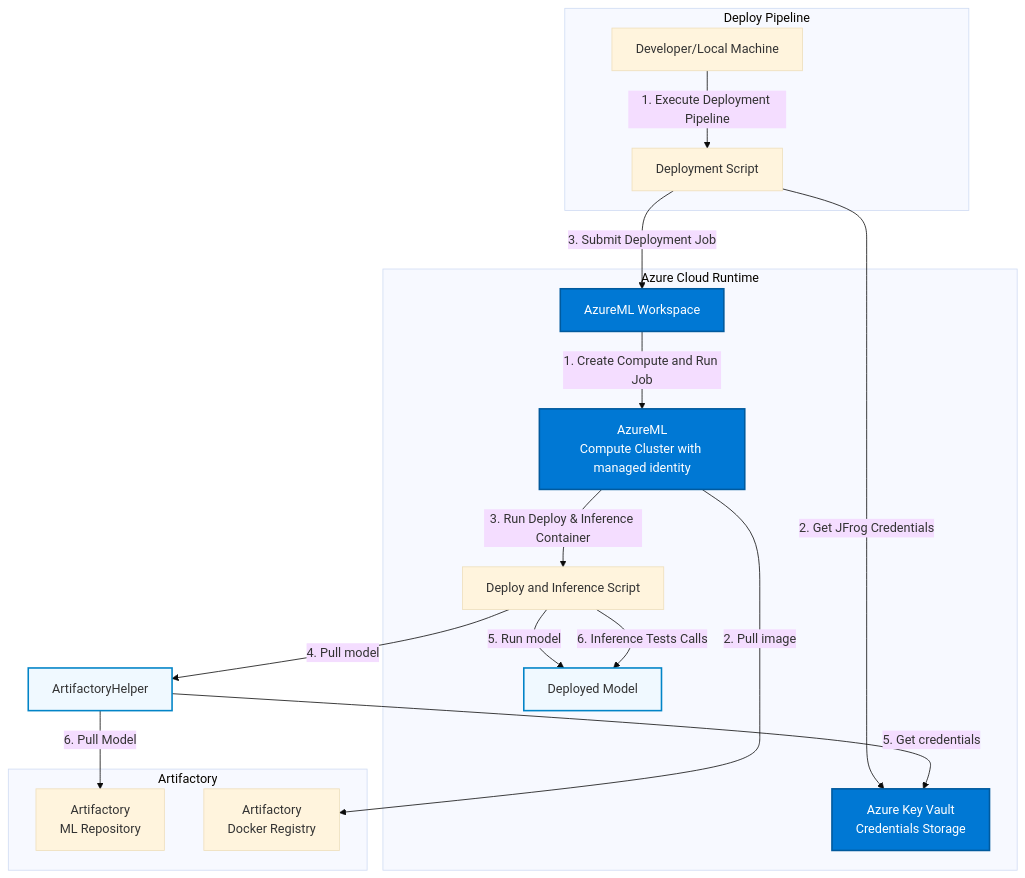
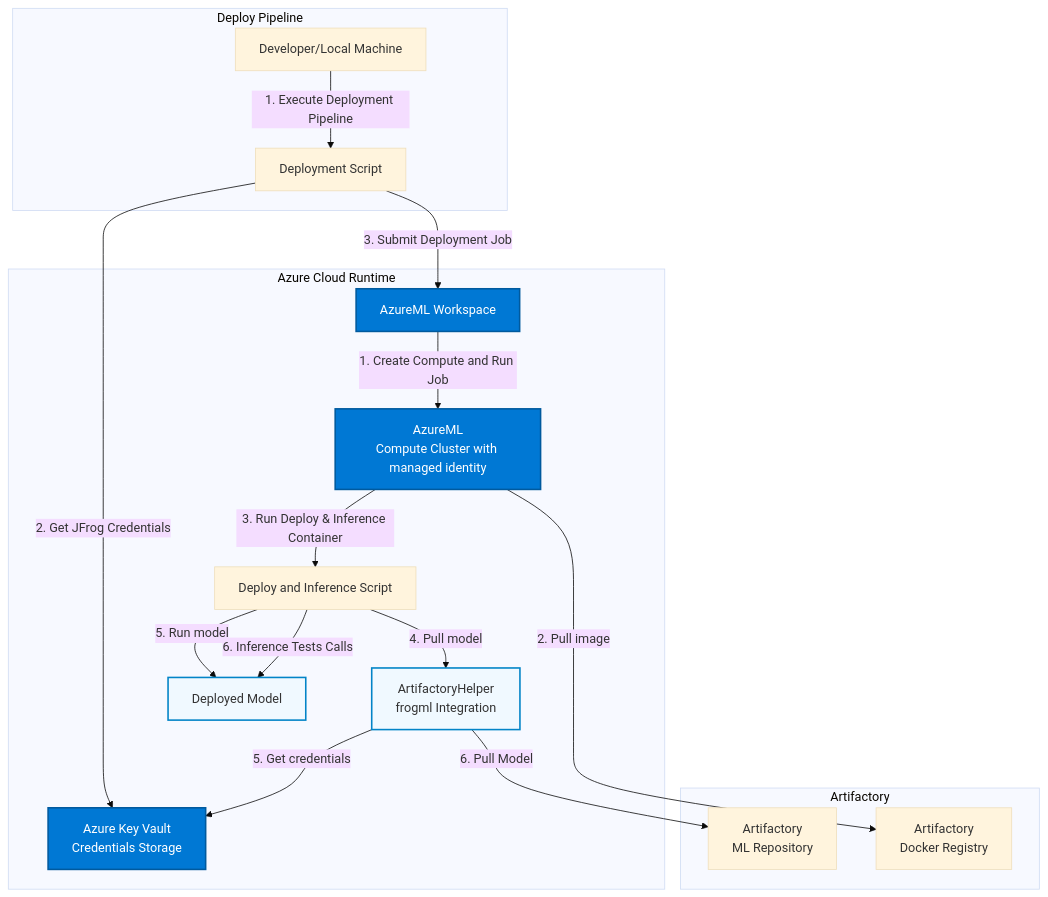
One commit to jfrog/JFrog-AzureML-integration changed the second of 4 diagrams in README.md. Above: the diagram before and after it, drawn with Mermaid (base theme).

Commit message:
README : diagrams

````diff
--- a/README.md
+++ b/README.md
@@ -81,45 +81,46 @@
 ```mermaid
 graph TB
     subgraph "Deploy Pipeline"
         DeploymentDev[Developer/Local Machine]
         DeployPipelineScript[Deployment Script]
     end
     subgraph "Artifactory"
         ArtifactoryML[Artifactory<br/>ML Repository]
         ArtifactoryDocker2[Artifactory<br/>Docker Registry]
     end
     subgraph "Azure Cloud Runtime"
+        ArtifactoryHelper[ArtifactoryHelper<br/>frogml Integration]
         KV[Azure Key Vault<br/>Credentials Storage]
         AML[AzureML Workspace]
         Compute[AzureML<br/>Compute Cluster with managed identity]
         deploy_and_inference[Deploy and Inference Script]
         Model[Deployed Model]
 
     end
 
     %% Deployment Phase Flow
     DeploymentDev -->|1. Execute Deployment Pipeline| DeployPipelineScript
     DeployPipelineScript -->|2. Get JFrog Credentials| KV
     DeployPipelineScript -->|3. Submit Deployment Job| AML
 
     %% Runtime Phase Flow    
     AML -->|1. Create Compute and Run Job| Compute
     Compute -->|2. Pull image  | ArtifactoryDocker2
     Compute -->|3. Run Deploy & Inference Container| deploy_and_inference
     deploy_and_inference -->|4. Pull model| ArtifactoryHelper    
     ArtifactoryHelper -->|5. Get credentials| KV
     ArtifactoryHelper -->|6. Pull Model| ArtifactoryML
     deploy_and_inference -->|5. Run model| Model
     deploy_and_inference -->|6. Inference Tests Calls| Model    
 
     %% Styling
     classDef Deploy Pipeline fill:#e1f5ff,stroke:#01579b,stroke-width:2px
     classDef azure fill:#0078d4,stroke:#005a9e,stroke-width:2px,color:#fff
     classDef artifactory fill:#40a9ff,stroke:#096dd9,stroke-width:2px
     classDef runtime fill:#f0f9ff,stroke:#0284c7,stroke-width:2px
 
     class DeploymentDev,DeployPipelineScript,Deploy Pipeline
     class KV,AML,Compute,MI azure
     class Container,TrainScript,ArtifactoryHelper,Model runtime
 
 ```
````
